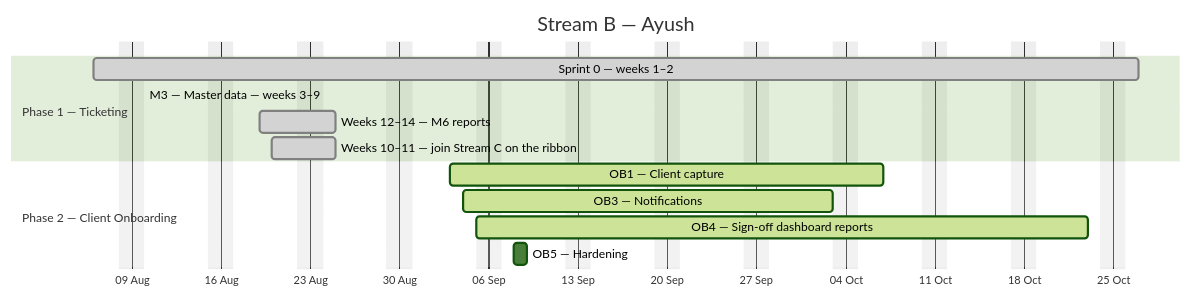
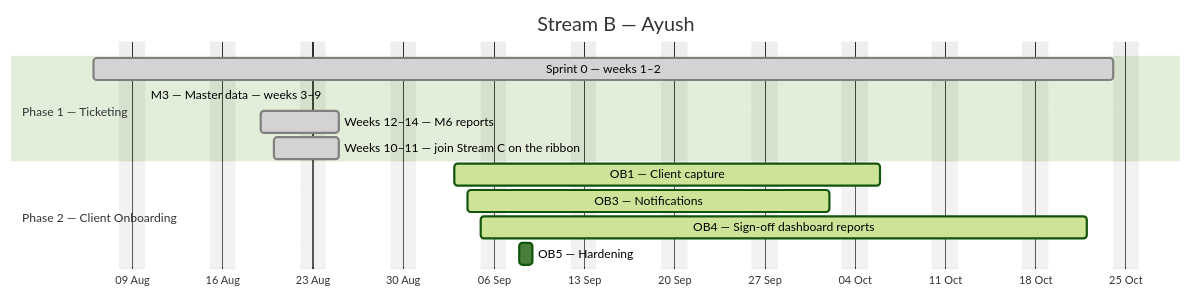
Before and after one commit to debashisedunext/EduTrack: the second of 4 diagrams in docs/plan/GANTT.md, drawn with Mermaid (forest theme). The commit also changed other lines of this file and 2 other files, not shown here.

````diff
--- a/docs/plan/GANTT.md
+++ b/docs/plan/GANTT.md
@@ -148,17 +149,17 @@
 ```mermaid
 gantt
     dateFormat YYYY-MM-DD
     axisFormat %d %b
     title Stream B — Ayush
     excludes weekends
     section Phase 1 — Ticketing
-    Sprint 0 — weeks 1–2 :done, b0, 2026-08-06, 58d
-    M3 — Master data — weeks 3–9 :done, b1, 2026-08-10, -45d
+    Sprint 0 — weeks 1–2 :done, b0, 2026-08-06, 57d
+    M3 — Master data — weeks 3–9 :done, b1, 2026-08-10, -44d
     Weeks 12–14 — M6 reports :done, b2, 2026-08-19, 4d
     Weeks 10–11 — join Stream C on the ribbon :done, b3, 2026-08-20, 3d
     section Phase 2 — Client Onboarding
-    OB1 — Client capture :active, b4, 2026-09-03, 24d
-    OB3 — Notifications :active, b5, 2026-09-04, 21d
-    OB4 — Sign-off  dashboard  reports :active, b6, 2026-09-05, 35d
+    OB1 — Client capture :active, b4, 2026-09-03, 23d
+    OB3 — Notifications :active, b5, 2026-09-04, 20d
+    OB4 — Sign-off  dashboard  reports :active, b6, 2026-09-05, 34d
     OB5 — Hardening :b7, 2026-09-08, 1d
 ```
````
